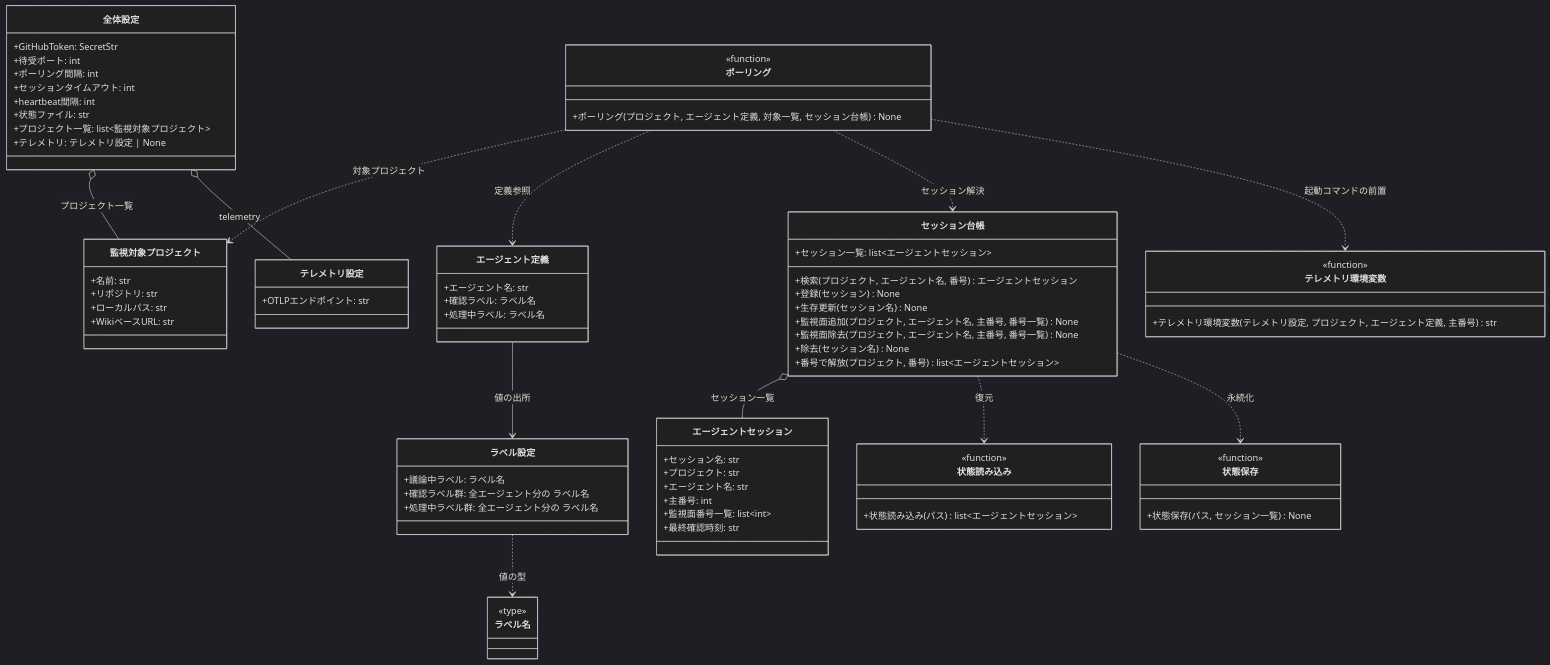
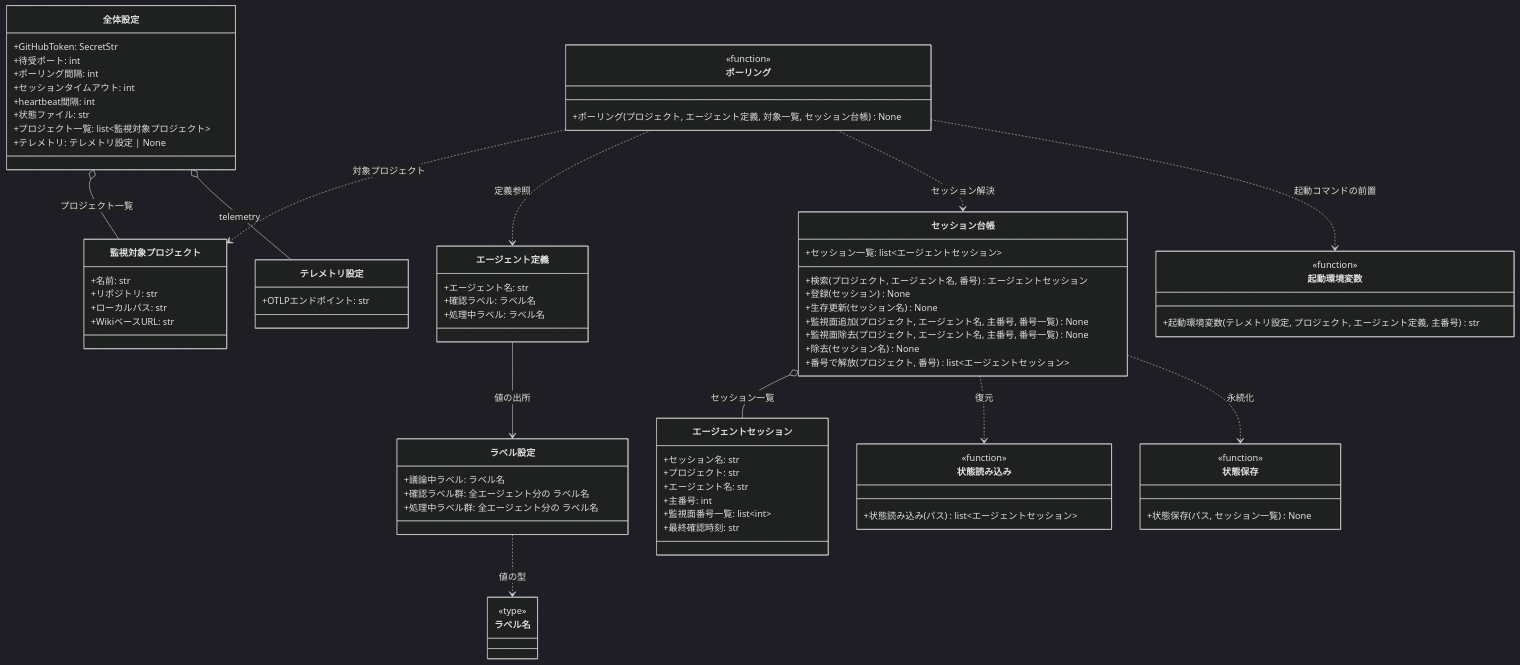
Before and after one commit to shuhei1101/ai-monitor: the second of 2 diagrams in docs/wiki/設計図/モジュール構成/モニター/エージェント管理.py.md, drawn with Mermaid (dark theme). The commit also changed other lines of this file and 67 other files, not shown here.

```diff
--- a/docs/wiki/設計図/モジュール構成/モニター/エージェント管理.py.md
+++ b/docs/wiki/設計図/モジュール構成/モニター/エージェント管理.py.md
@@ -103,7 +103,7 @@
   ポーリング ..> 監視対象プロジェクト : 対象プロジェクト
   ポーリング ..> エージェント定義 : 定義参照
   ポーリング ..> セッション台帳 : セッション解決
-  ポーリング ..> テレメトリ環境変数 : 起動コマンドの前置
+  ポーリング ..> 起動環境変数 : 起動コマンドの前置
   セッション台帳 o-- エージェントセッション : セッション一覧
   セッション台帳 ..> 状態読み込み : 復元
   セッション台帳 ..> 状態保存 : 永続化
@@ -121,9 +121,9 @@
   class テレメトリ設定 {
     +OTLPエンドポイント: str
   }
-  class テレメトリ環境変数 {
+  class 起動環境変数 {
     <<function>>
-    +テレメトリ環境変数(テレメトリ設定, プロジェクト, エージェント定義, 主番号) str
+    +起動環境変数(テレメトリ設定, プロジェクト, エージェント定義, 主番号) str
   }
   class 監視対象プロジェクト {
     +名前: str
@@ -177,7 +177,7 @@
 
   click 全体設定 href "#全体設定"
   click テレメトリ設定 href "#テレメトリ設定"
-  click テレメトリ環境変数 href "#テレメトリ環境変数"
+  click 起動環境変数 href "#起動環境変数"
   click 監視対象プロジェクト href "#監視対象プロジェクト"
   click エージェント定義 href "#エージェント定義"
   click ラベル設定 href "#ラベル設定"
```
